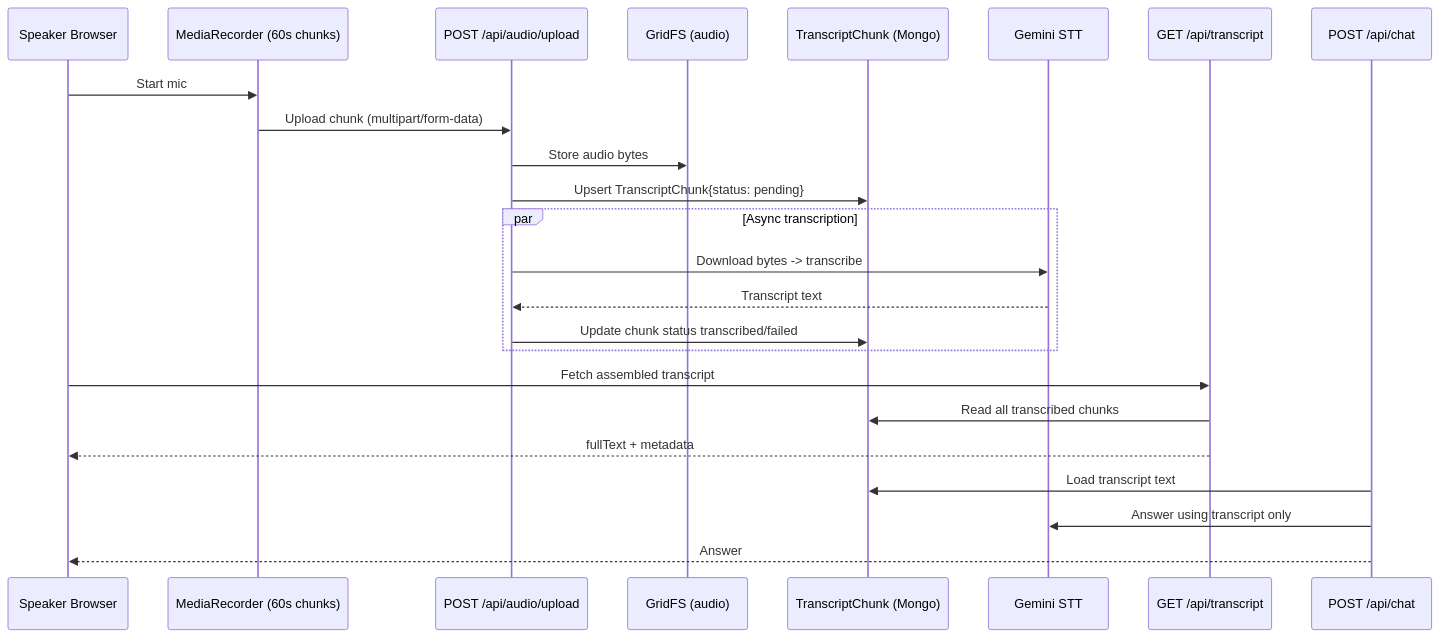
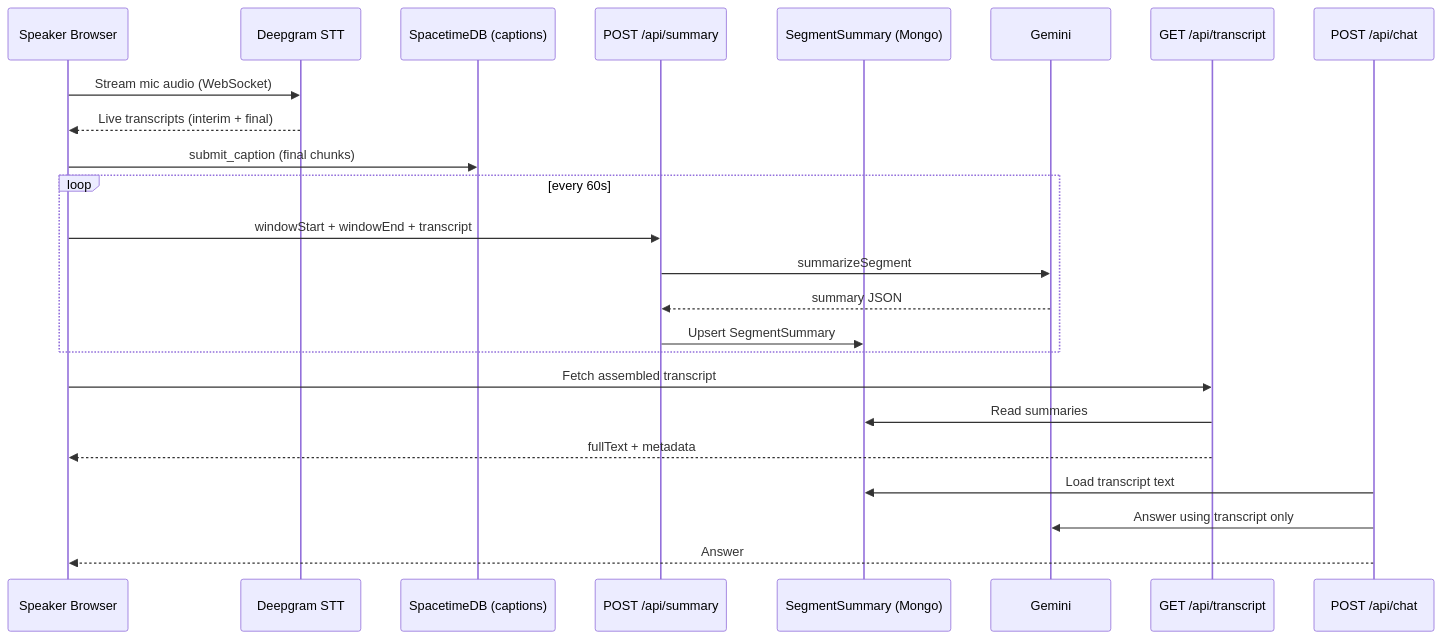
One commit to arvinder004/PULSE_HACKBYTE4.0 changed the sixth of 8 diagrams in PULSE_ARCHITECTUREPLAN.md. Above: the diagram before and after it, drawn with Mermaid. The commit also changed other lines of this file and 14 other files, not shown here.

First line of the commit message:
load persisted transcript history on caption expand

````diff
--- a/PULSE_ARCHITECTUREPLAN.md
+++ b/PULSE_ARCHITECTUREPLAN.md
@@ -226,27 +238,27 @@
 ```mermaid
 sequenceDiagram
   participant Spk as Speaker Browser
-  participant Rec as MediaRecorder (60s chunks)
-  participant Up as POST /api/audio/upload
-  participant FS as GridFS (audio)
-  participant T as TranscriptChunk (Mongo)
-  participant Gem as Gemini STT
+  participant DG as Deepgram STT
+  participant ST as SpacetimeDB (captions)
+  participant Sum as POST /api/summary
+  participant Seg as SegmentSummary (Mongo)
+  participant Gem as Gemini
   participant Tr as GET /api/transcript
   participant Chat as POST /api/chat
 
-  Spk->>Rec: Start mic
-  Rec->>Up: Upload chunk (multipart/form-data)
-  Up->>FS: Store audio bytes
-  Up->>T: Upsert TranscriptChunk{status: pending}
-  par Async transcription
-    Up->>Gem: Download bytes -> transcribe
-    Gem-->>Up: Transcript text
-    Up->>T: Update chunk status transcribed/failed
+  Spk->>DG: Stream mic audio (WebSocket)
+  DG-->>Spk: Live transcripts (interim + final)
+  Spk->>ST: submit_caption (final chunks)
+  loop every 60s
+    Spk->>Sum: windowStart + windowEnd + transcript
+    Sum->>Gem: summarizeSegment
+    Gem-->>Sum: summary JSON
+    Sum->>Seg: Upsert SegmentSummary
   end
   Spk->>Tr: Fetch assembled transcript
-  Tr->>T: Read all transcribed chunks
+  Tr->>Seg: Read summaries
   Tr-->>Spk: fullText + metadata
-  Chat->>T: Load transcript text
+  Chat->>Seg: Load transcript text
   Chat->>Gem: Answer using transcript only
   Chat-->>Spk: Answer
 ```
````
